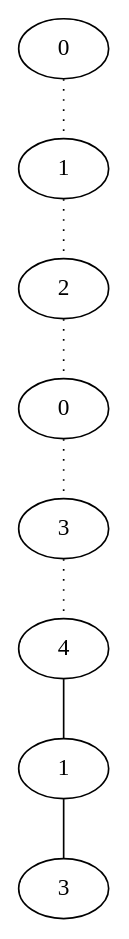
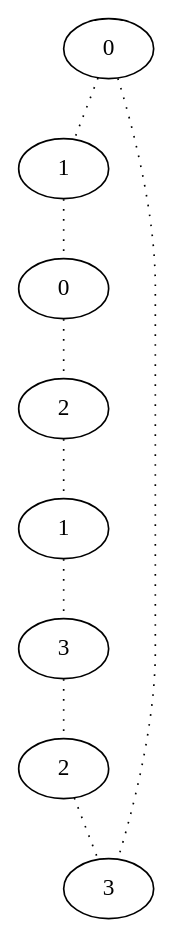
Before and after one commit to d1laj/Stage-M2: the diagram in TestPathsv1/result/8.dot, drawn with Graphviz. The commit also changed 12 other files, not shown here.

```diff
--- a/TestPathsv1/result/8.dot
+++ b/TestPathsv1/result/8.dot
@@ -1,17 +1,18 @@
 graph {
 a[label=0]
 b[label=1]
-c[label=2]
-d[label=0]
-e[label=3]
-f[label=4]
-g[label=1]
+c[label=0]
+d[label=2]
+e[label=1]
+f[label=3]
+g[label=2]
 h[label=3]
 a -- b [style=dotted];
 b -- c [style=dotted];
 c -- d [style=dotted];
 d -- e [style=dotted];
 e -- f [style=dotted];
-f -- g;
-g -- h;
+f -- g [style=dotted];
+g -- h [style=dotted];
+a -- h [style=dotted];
 }
```
